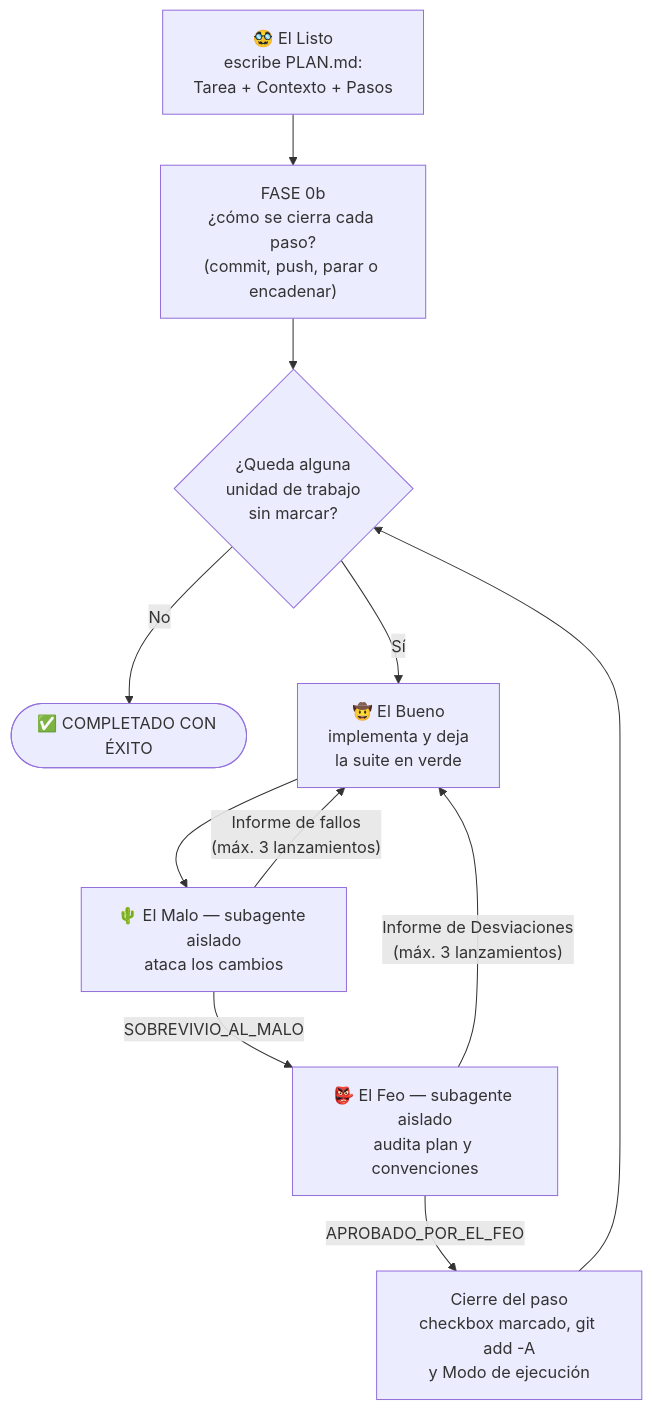
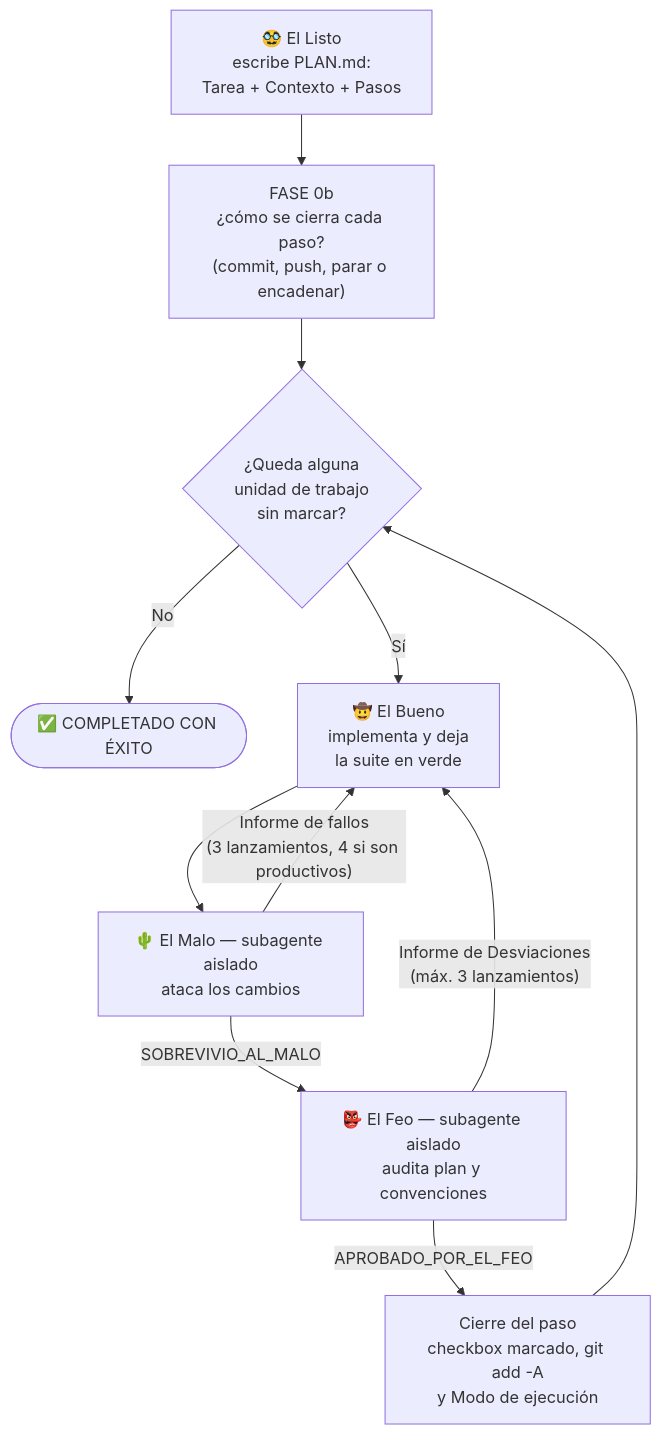
The diagram in README.md (jafs/gbu), drawn with Mermaid before and after one commit. The commit also changed other lines of this file and 5 other files, not shown here.

````diff
--- a/README.md
+++ b/README.md
@@ -26,13 +26,13 @@
 ```mermaid
 flowchart TD
     L["🥸 El Listo<br/>escribe PLAN.md:<br/>Tarea + Contexto + Pasos"] --> M["FASE 0b<br/>¿cómo se cierra cada paso?<br/>(commit, push, parar o encadenar)"]
     M --> Q{"¿Queda alguna<br/>unidad de trabajo<br/>sin marcar?"}
     Q -- "No" --> FIN(["✅ COMPLETADO CON ÉXITO"])
     Q -- "Sí" --> B["🤠 El Bueno<br/>implementa y deja<br/>la suite en verde"]
     B --> A["🌵 El Malo — subagente aislado<br/>ataca los cambios"]
-    A -- "Informe de fallos<br/>(máx. 3 lanzamientos)" --> B
+    A -- "Informe de fallos<br/>(3 lanzamientos, 4 si son productivos)" --> B
     A -- "SOBREVIVIO_AL_MALO" --> F["👺 El Feo — subagente aislado<br/>audita plan y convenciones"]
     F -- "Informe de Desviaciones<br/>(máx. 3 lanzamientos)" --> B
     F -- "APROBADO_POR_EL_FEO" --> C["Cierre del paso<br/>checkbox marcado, git add -A<br/>y Modo de ejecución"]
     C --> Q
 ```
````
